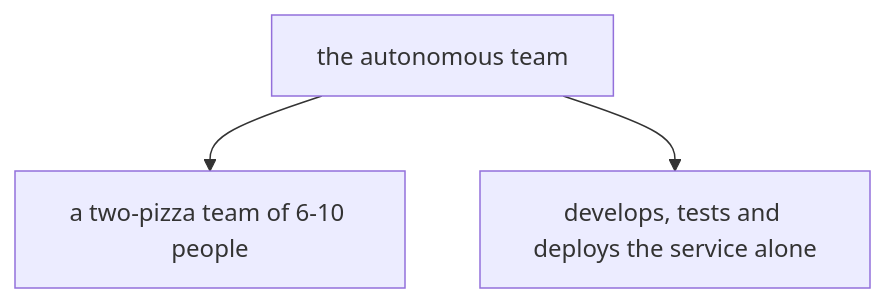
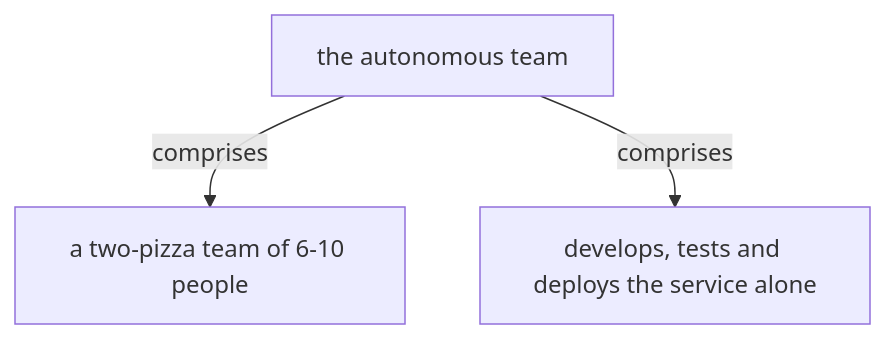
One commit to vinayakuber/microservices-io-study-guide changed the seventh of 13 diagrams in docs/ch03-decompose-by-business-capability.md. Above: the diagram before and after it, drawn with Mermaid. The commit also changed other lines of this file and 71 other files, not shown here.

First line of the commit message:
R18: label every diagram arrow with its meaning

````diff
--- a/docs/ch03-decompose-by-business-capability.md
+++ b/docs/ch03-decompose-by-business-capability.md
@@ -256,6 +256,6 @@
 ```mermaid
 flowchart TD
   R["the autonomous team"]
-  R --> P0["a two-pizza team of 6-10 people"]
-  R --> P1["develops, tests and deploys the service alone"]
+  R -->|"comprises"| P0["a two-pizza team of 6-10 people"]
+  R -->|"comprises"| P1["develops, tests and deploys the service alone"]
 ```
````
